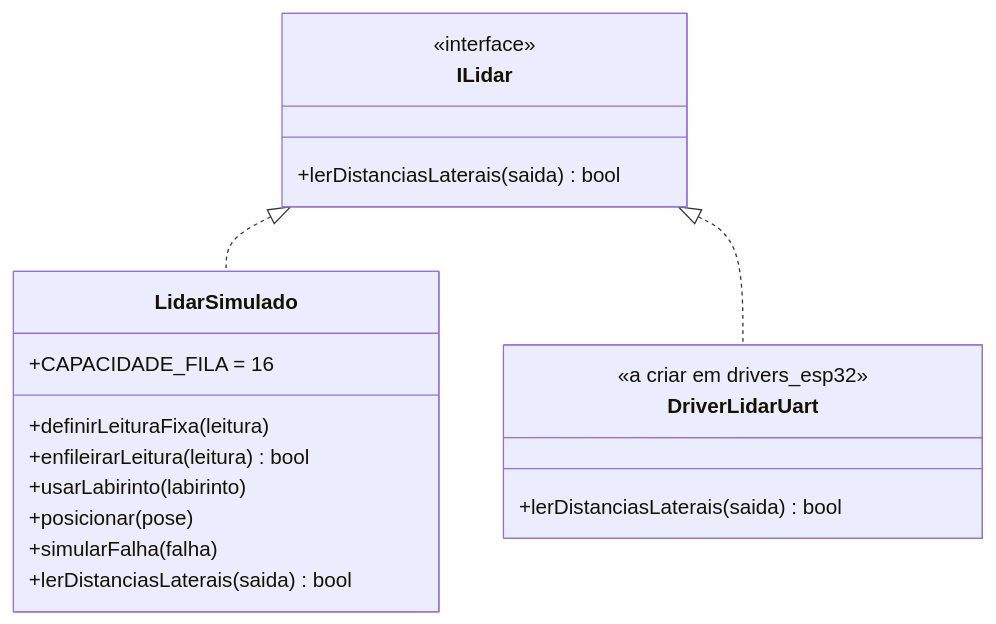
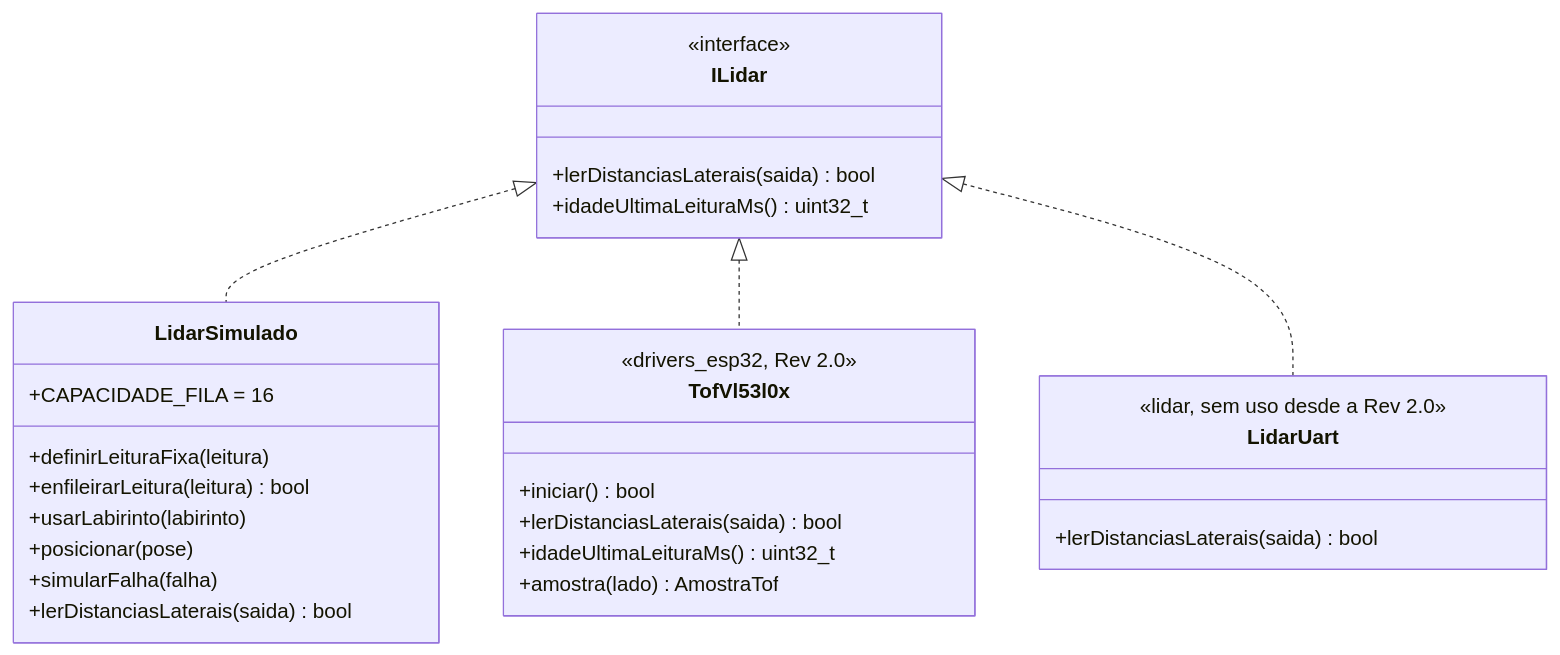
Before and after one commit to claudiohsc/2026_2_PI1_Grupo01_Hilmer-1: the third of 7 diagrams in docs/04-projeto-conceitual/firmware.md, drawn with Mermaid. The commit also changed other lines of this file and 2 other files, not shown here.

First line of the commit message:
docs(firmware): documenta o driver dos VL53L0X e registra a execução dos testes (#344)

````diff
--- a/docs/04-projeto-conceitual/firmware.md
+++ b/docs/04-projeto-conceitual/firmware.md
@@ -147,22 +152,31 @@
 ```mermaid
 classDiagram
     class ILidar {
         <<interface>>
         +lerDistanciasLaterais(saida) bool
+        +idadeUltimaLeituraMs() uint32_t
     }
     class LidarSimulado {
         +CAPACIDADE_FILA = 16
         +definirLeituraFixa(leitura)
         +enfileirarLeitura(leitura) bool
         +usarLabirinto(labirinto)
         +posicionar(pose)
         +simularFalha(falha)
         +lerDistanciasLaterais(saida) bool
     }
-    class DriverLidarUart {
-        <<a criar em drivers_esp32>>
+    class TofVl53l0x {
+        <<drivers_esp32, Rev 2.0>>
+        +iniciar() bool
+        +lerDistanciasLaterais(saida) bool
+        +idadeUltimaLeituraMs() uint32_t
+        +amostra(lado) AmostraTof
+    }
+    class LidarUart {
+        <<lidar, sem uso desde a Rev 2.0>>
         +lerDistanciasLaterais(saida) bool
     }
     ILidar <|.. LidarSimulado
-    ILidar <|.. DriverLidarUart
+    ILidar <|.. TofVl53l0x
+    ILidar <|.. LidarUart
 ```
````
